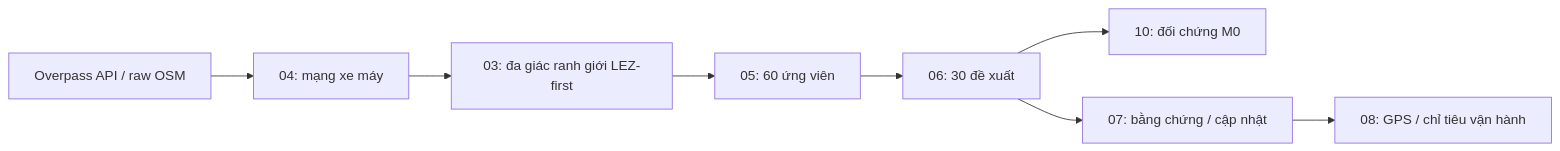
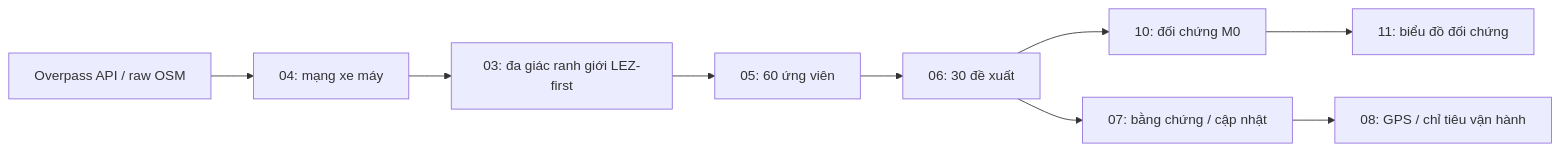
Before and after one commit to quanhhg/lez-road: the diagram in README.md, drawn with Mermaid. The commit also changed other lines of this file and 12 other files, not shown here.

````diff
--- a/README.md
+++ b/README.md
@@ -21,10 +22,11 @@
 ```mermaid
 flowchart LR
     O[Overpass API / raw OSM] --> N[04: mạng xe máy]
     N --> B[03: đa giác ranh giới LEZ-first]
     B --> C[05: 60 ứng viên]
     C --> S[06: 30 đề xuất]
     S --> M[10: đối chứng M0]
+    M --> P[11: biểu đồ đối chứng]
     S --> F[07: bằng chứng / cập nhật]
     F --> G[08: GPS / chỉ tiêu vận hành]
 ```
````
